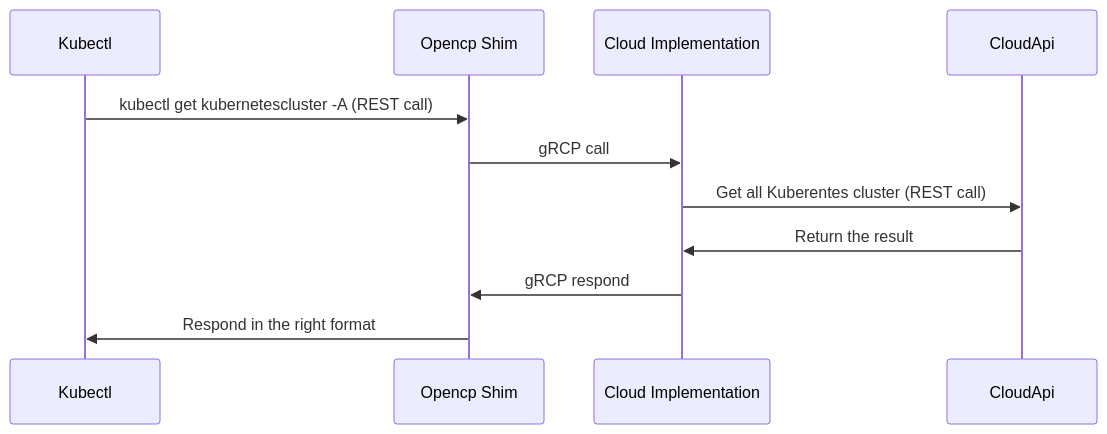
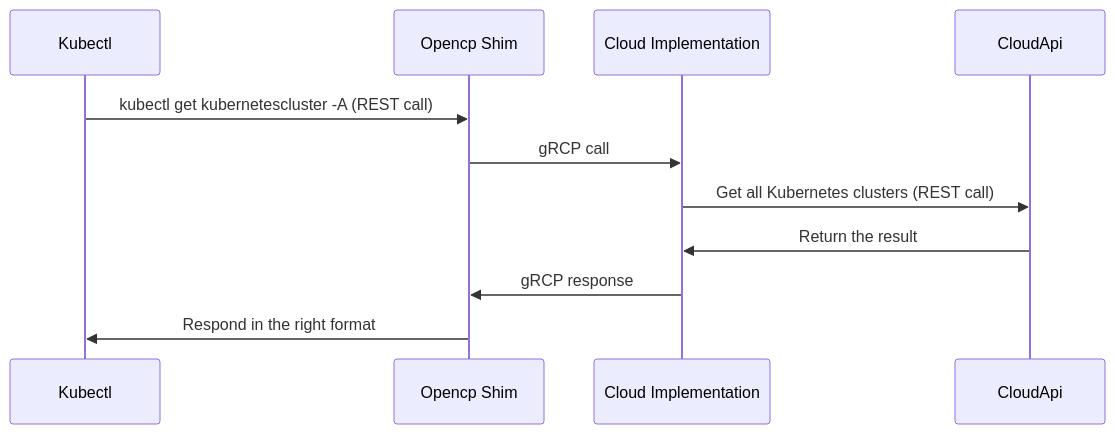
The diagram in README.md (opencontrolplane/documentation), drawn with Mermaid before and after one commit. The commit also changed other lines of this file and 1 other file, not shown here.

````diff
--- a/README.md
+++ b/README.md
@@ -37,14 +60,14 @@
 ```mermaid
 sequenceDiagram
     participant Kubectl
     participant Opencp Shim
     participant Cloud Implementation
     participant CloudApi
     Kubectl->>Opencp Shim: kubectl get kubernetescluster -A (REST call)
     Opencp Shim->>Cloud Implementation: gRCP call
-    Cloud Implementation->>CloudApi: Get all Kuberentes cluster (REST call)
+    Cloud Implementation->>CloudApi: Get all Kubernetes clusters (REST call)
     CloudApi->>Cloud Implementation: Return the result
-    Cloud Implementation->>Opencp Shim: gRCP respond
+    Cloud Implementation->>Opencp Shim: gRCP response
     Opencp Shim->>Kubectl: Respond in the right format
     
 ```
````
